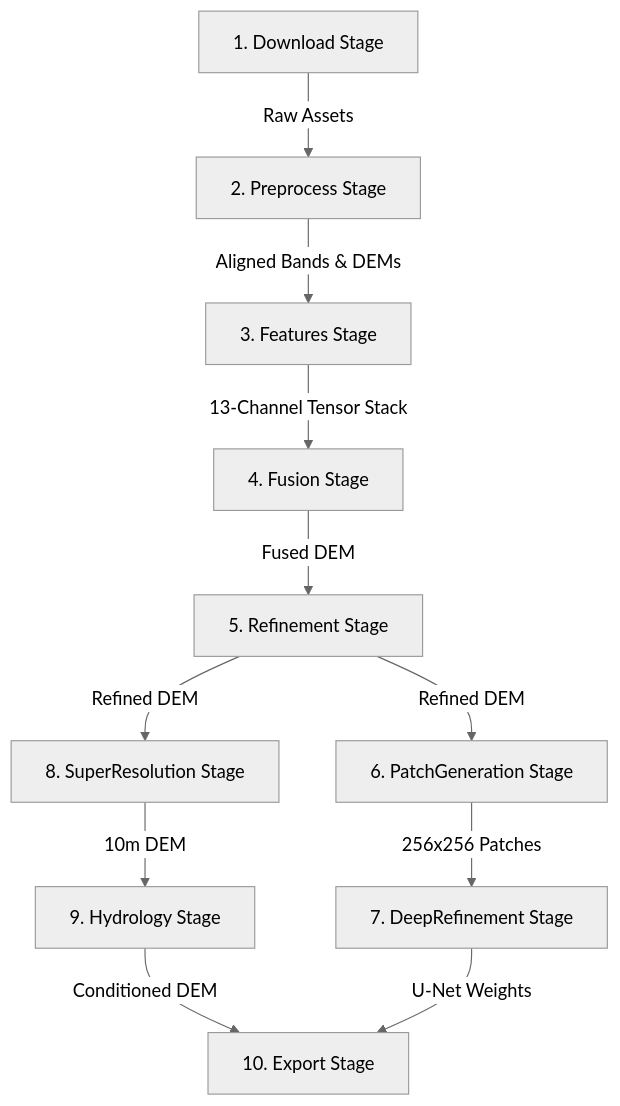
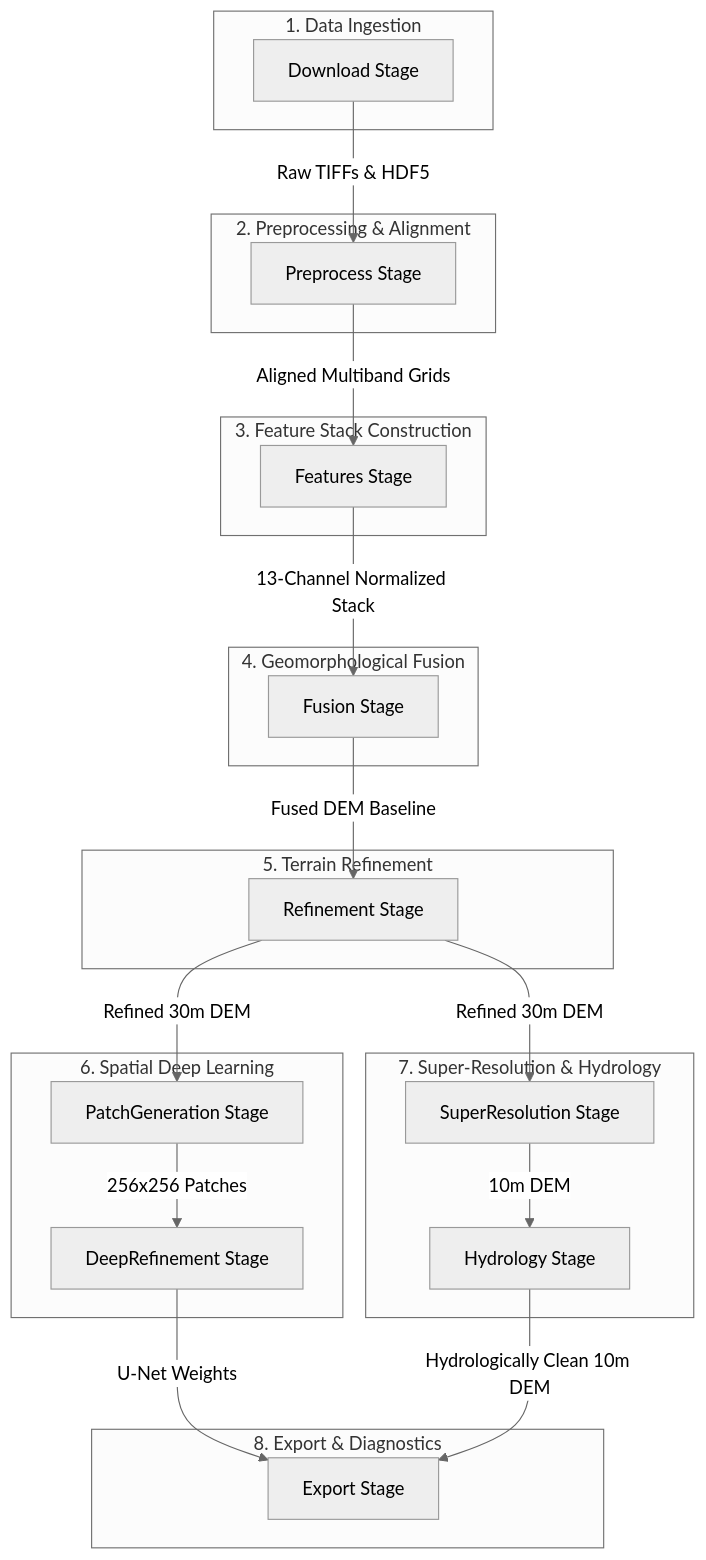
The diagram in README.md (pgoenka/DEM_Accuracy), drawn with Mermaid (neutral theme) before and after one commit. The commit also changed other lines of this file and 4 other files, not shown here.

````diff
--- a/README.md
+++ b/README.md
@@ -27,13 +24,43 @@
 ```mermaid
 flowchart TD
-    A[1. Download Stage] -->|Raw Assets| B[2. Preprocess Stage]
-    B -->|Aligned Bands & DEMs| C[3. Features Stage]
-    C -->|13-Channel Tensor Stack| D[4. Fusion Stage]
-    D -->|Fused DEM| E[5. Refinement Stage]
-    E -->|Refined DEM| F[6. PatchGeneration Stage]
-    F -->|256x256 Patches| G[7. DeepRefinement Stage]
-    E -->|Refined DEM| H[8. SuperResolution Stage]
-    H -->|10m DEM| I[9. Hydrology Stage]
-    I -->|Conditioned DEM| J[10. Export Stage]
+    subgraph S_IN [1. Data Ingestion]
+        A[Download Stage]
+    end
+
+    subgraph S_PRE [2. Preprocessing & Alignment]
+        B[Preprocess Stage]
+    end
+
+    subgraph S_FEAT [3. Feature Stack Construction]
+        C[Features Stage]
+    end
+
+    subgraph S_FUS [4. Geomorphological Fusion]
+        D[Fusion Stage]
+    end
+
+    subgraph S_ML [5. Terrain Refinement]
+        E[Refinement Stage]
+    end
+
+    subgraph S_DL [6. Spatial Deep Learning]
+        F[PatchGeneration Stage] -->|256x256 Patches| G[DeepRefinement Stage]
+    end
+
+    subgraph S_SR [7. Super-Resolution & Hydrology]
+        H[SuperResolution Stage] -->|10m DEM| I[Hydrology Stage]
+    end
+
+    subgraph S_OUT [8. Export & Diagnostics]
+        J[Export Stage]
+    end
+
+    A -->|Raw TIFFs & HDF5| B
+    B -->|Aligned Multiband Grids| C
+    C -->|13-Channel Normalized Stack| D
+    D -->|Fused DEM Baseline| E
+    E -->|Refined 30m DEM| F
+    E -->|Refined 30m DEM| H
     G -->|U-Net Weights| J
+    I -->|Hydrologically Clean 10m DEM| J
 ```
````
